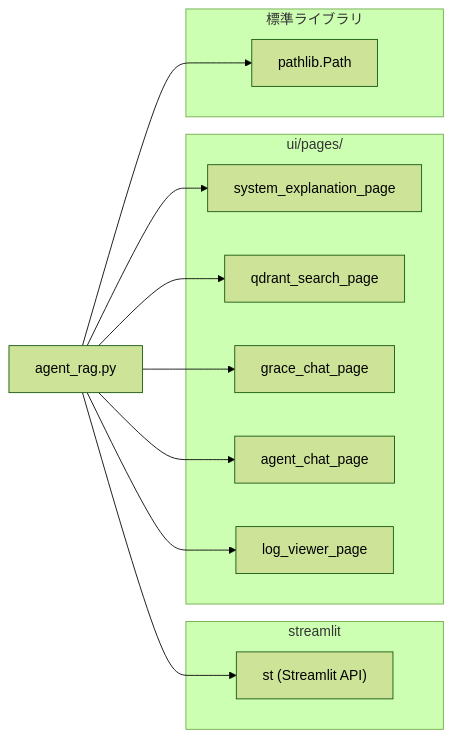
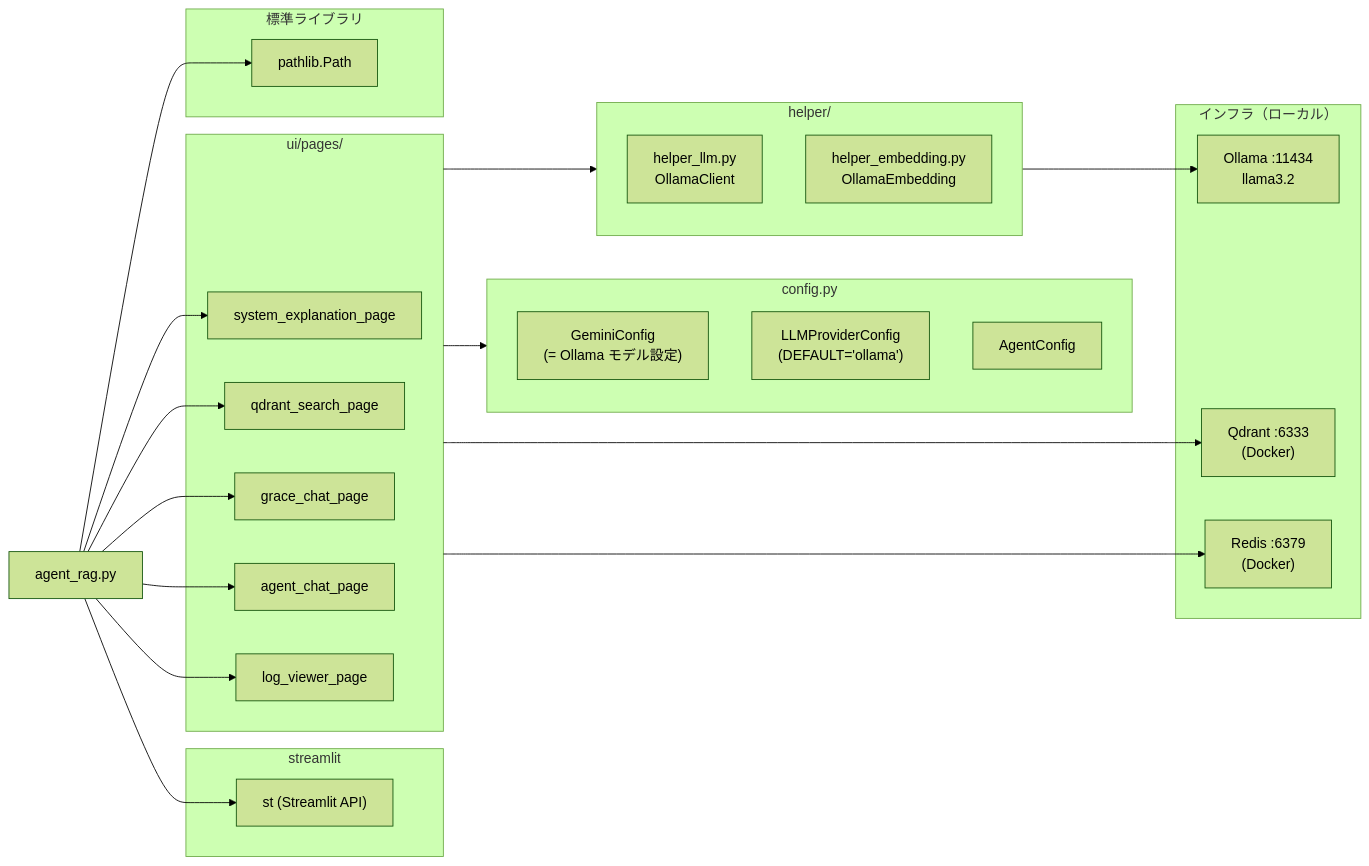
One commit to nakashima2toshio/ollama_grace_agent changed the third of 3 diagrams in docs/agent_rag.md. Above: the diagram before and after it, drawn with Mermaid (forest theme). The commit also changed other lines of this file, not shown here.

First line of the commit message:
docs: update agent_rag.md to v4.0 with Ollama backend details

````diff
--- a/docs/agent_rag.md
+++ b/docs/agent_rag.md
@@ -411,28 +566,50 @@
 ```mermaid
 flowchart LR
     AGENT_RAG["agent_rag.py"]
 
     subgraph STREAMLIT_LIB["streamlit"]
         ST["st (Streamlit API)"]
     end
 
     subgraph UI_PAGES["ui/pages/"]
         EXPLAIN["system_explanation_page"]
         SEARCH["qdrant_search_page"]
         GRACE["grace_chat_page"]
         AGENT_CHAT["agent_chat_page"]
         LOG_VIEW["log_viewer_page"]
     end
 
+    subgraph CONFIG["config.py"]
+        GEMINI_CFG["GeminiConfig\n(= Ollama モデル設定)"]
+        LLM_CFG["LLMProviderConfig\n(DEFAULT='ollama')"]
+        AGENT_CFG["AgentConfig"]
+    end
+
+    subgraph HELPER["helper/"]
+        LLM["helper_llm.py\nOllamaClient"]
+        EMB["helper_embedding.py\nOllamaEmbedding"]
+    end
+
+    subgraph INFRA["インフラ（ローカル）"]
+        OLLAMA_SRV["Ollama :11434\nllama3.2"]
+        QDRANT_SRV["Qdrant :6333\n(Docker)"]
+        REDIS_SRV["Redis :6379\n(Docker)"]
+    end
+
     subgraph STDLIB["標準ライブラリ"]
         PATHLIB["pathlib.Path"]
     end
 
     AGENT_RAG --> ST
     AGENT_RAG --> EXPLAIN
     AGENT_RAG --> SEARCH
     AGENT_RAG --> GRACE
     AGENT_RAG --> AGENT_CHAT
     AGENT_RAG --> LOG_VIEW
     AGENT_RAG --> PATHLIB
+    UI_PAGES --> CONFIG
+    UI_PAGES --> HELPER
+    HELPER --> OLLAMA_SRV
+    UI_PAGES --> QDRANT_SRV
+    UI_PAGES --> REDIS_SRV
 ```
````
